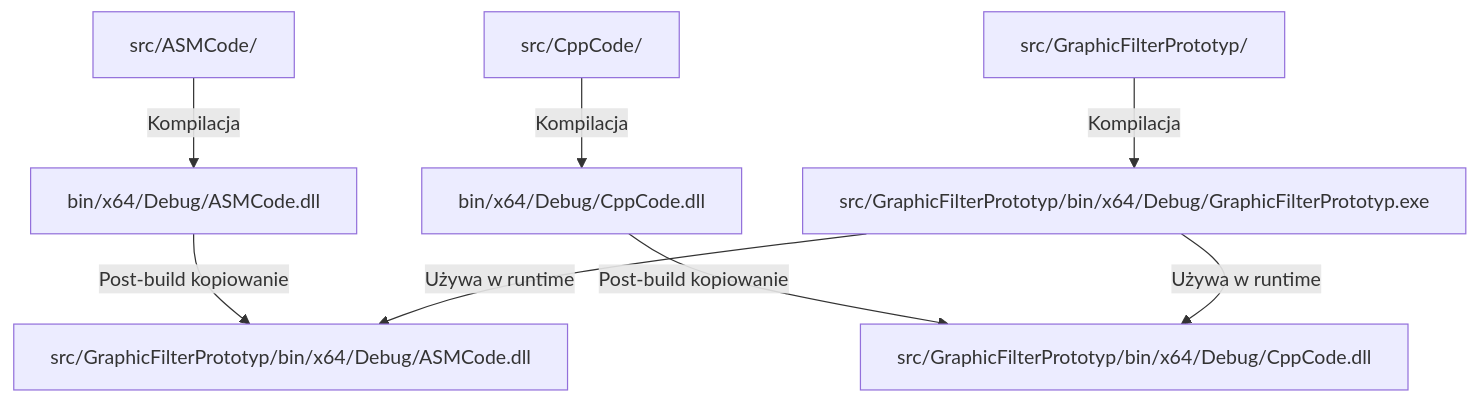
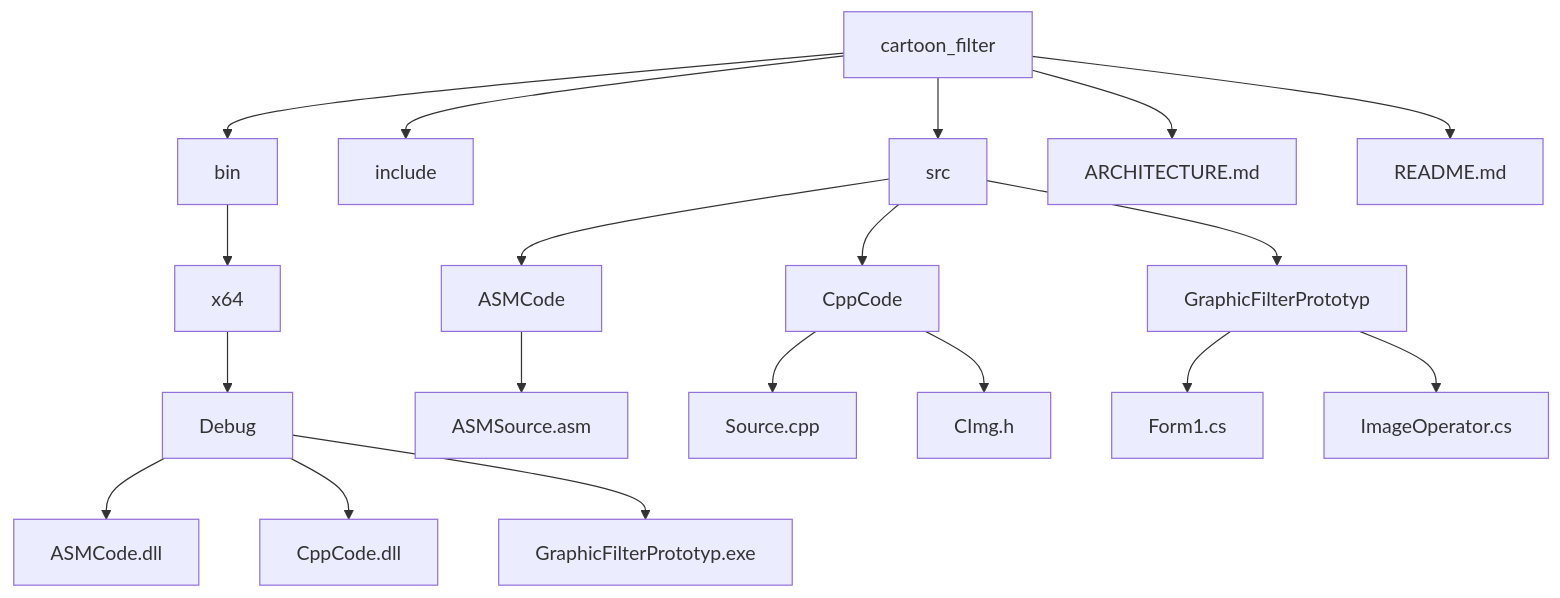
The second of 2 diagrams in README.md (stokuj/cartoon_filter), drawn with Mermaid before and after one commit. The commit also changed other lines of this file, not shown here.

Commit message:
Update README.md: refine project structure and data flow diagrams

````diff
--- a/README.md
+++ b/README.md
@@ -189,12 +162,21 @@
 ```mermaid
 graph TD
-    A[src/ASMCode/] -->|Kompilacja| B[bin/x64/Debug/ASMCode.dll]
-    C[src/CppCode/] -->|Kompilacja| D[bin/x64/Debug/CppCode.dll]
-    E[src/GraphicFilterPrototyp/] -->|Kompilacja| F[src/GraphicFilterPrototyp/bin/x64/Debug/GraphicFilterPrototyp.exe]
-
-    B -->|Post-build kopiowanie| G[src/GraphicFilterPrototyp/bin/x64/Debug/ASMCode.dll]
-    D -->|Post-build kopiowanie| H[src/GraphicFilterPrototyp/bin/x64/Debug/CppCode.dll]
-
-    F -->|Używa w runtime| G
-    F -->|Używa w runtime| H
+    A[cartoon_filter] --> B[src]
+    A --> C[include]
+    A --> D[bin]
+    A --> E[ARCHITECTURE.md]
+    A --> F[README.md]
+    B --> B1[ASMCode]
+    B --> B2[CppCode]
+    B --> B3[GraphicFilterPrototyp]
+    D --> D1[x64]
+    D1 --> D2[Debug]
+    D2 --> D3[ASMCode.dll]
+    D2 --> D4[CppCode.dll]
+    D2 --> D5[GraphicFilterPrototyp.exe]
+    B1 --> B1a[ASMSource.asm]
+    B2 --> B2a[Source.cpp]
+    B2 --> B2b[CImg.h]
+    B3 --> B3a[Form1.cs]
+    B3 --> B3b[ImageOperator.cs]
 ```
````
